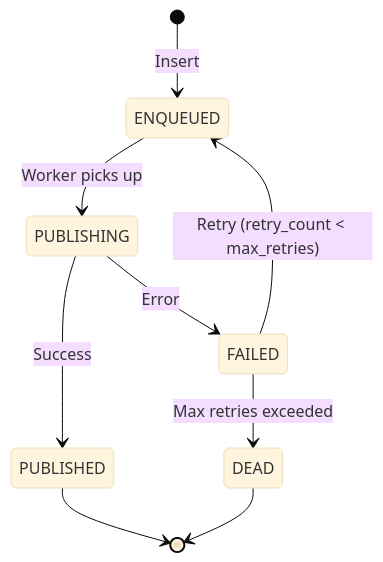
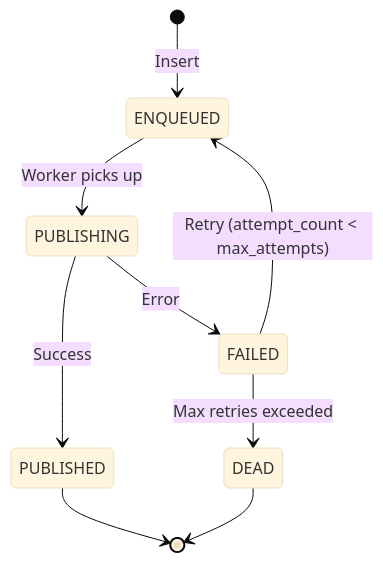
Before and after one commit to hacomono-lib/o4x: the second of 2 diagrams in README.md, drawn with Mermaid (base theme). The commit also changed other lines of this file and 28 other files, not shown here.

First line of the commit message:
refactor: rename retry_count and max_retries to attempt_count and max… (#1)

````diff
--- a/README.md
+++ b/README.md
@@ -90,11 +90,11 @@
 ```mermaid
 stateDiagram-v2
     [*] --> ENQUEUED: Insert
     ENQUEUED --> PUBLISHING: Worker picks up
     PUBLISHING --> PUBLISHED: Success
     PUBLISHING --> FAILED: Error
-    FAILED --> ENQUEUED: Retry (retry_count < max_retries)
+    FAILED --> ENQUEUED: Retry (attempt_count < max_attempts)
     FAILED --> DEAD: Max retries exceeded
     PUBLISHED --> [*]
     DEAD --> [*]
 ```
````
